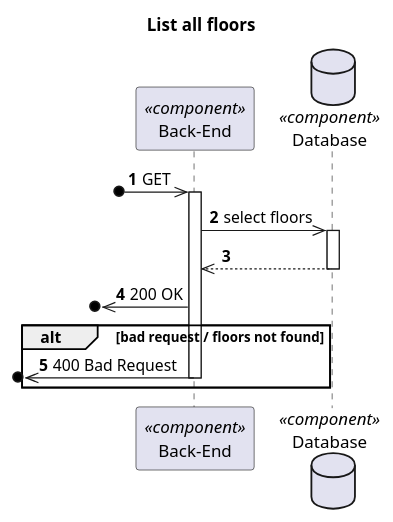
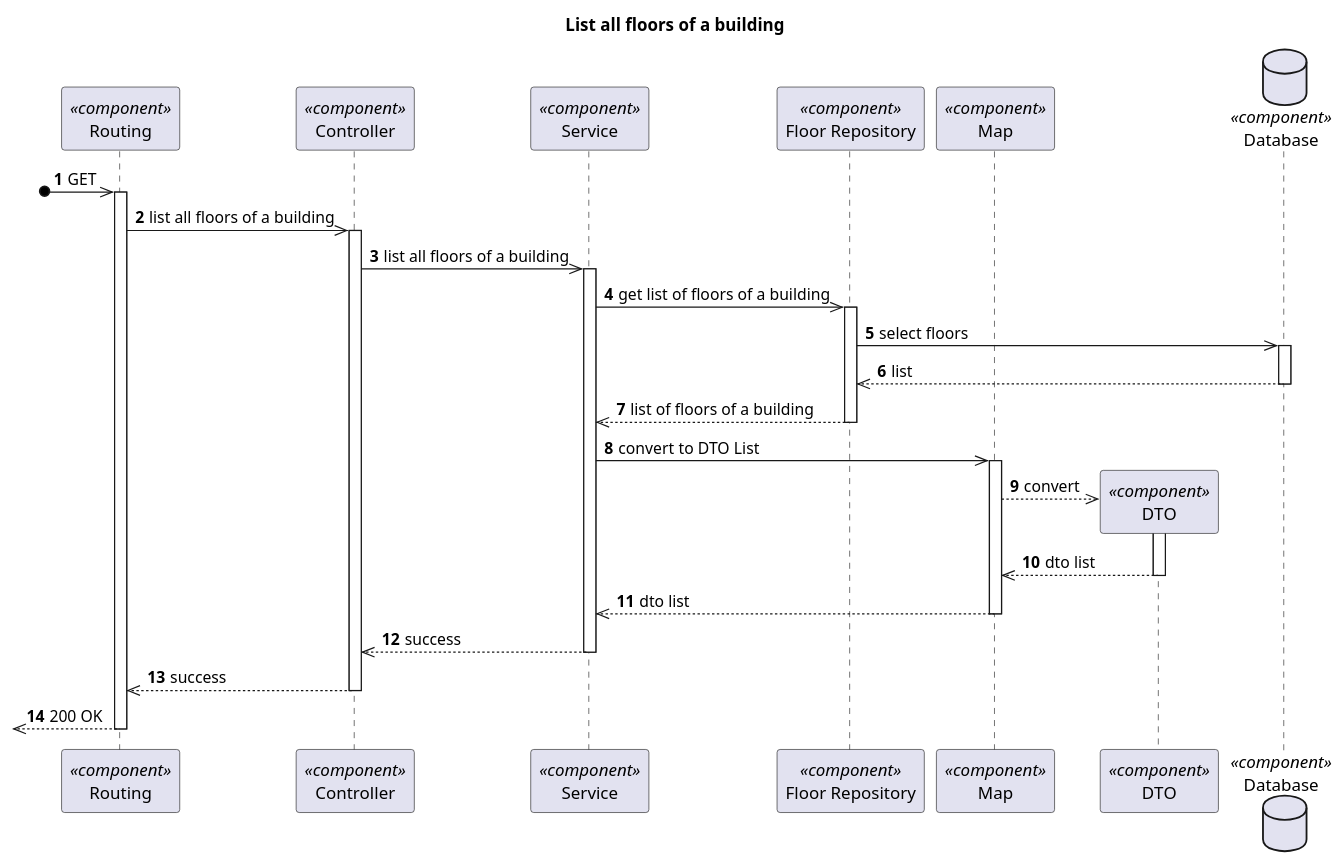
The diagram in docs/Vista Processo/US210/ProcessView_Level3_US210.puml (1210910/lapr5), drawn with PlantUML before and after one commit. The commit also changed 2 other files, not shown here.

```diff
--- a/docs/Vista Processo/US210/ProcessView_Level3_US210.puml
+++ b/docs/Vista Processo/US210/ProcessView_Level3_US210.puml
@@ -1,27 +1,56 @@
 @startuml Process View - Level 3
 
 autonumber
 skinparam packageStyle rect
 
-title List all floors
+title List all floors of a building
 
-participant "Back-End" as BE <<component>>
-database "Database" as DB <<component>>
+participant "Routing" as routing <<component>>
+participant "Controller" as controller <<component>>
+participant "Service" as service <<component>>
+participant "Floor Repository" as floorrepo <<component>>
+participant "Map" as map <<component>>
+participant "DTO" as dto <<component>>
+database "Database" as db <<component>>
 
-?o->> BE : GET
+?o->> routing : GET
+activate routing
+routing ->> controller : list all floors of a building
 
-activate BE
+activate controller
+controller ->> service : list all floors of a building
 
-BE ->> DB : select floors
-activate DB
-DB -->> BE
-deactivate DB
+activate service
+service ->> floorrepo : get list of floors of a building
 
-?o<<- BE : 200 OK
+activate floorrepo
+floorrepo ->> db : select floors
+activate db
+db -->> floorrepo : list
+deactivate db
 
-alt bad request / floors not found
-?o<<- BE : 400 Bad Request
-deactivate BE
-end
+floorrepo -->> service : list of floors of a building
+deactivate floorrepo
+
+service ->> map : convert to DTO List
+activate map
+
+map -->> dto** : convert
+activate dto
+
+dto -->> map : dto list
+deactivate dto
+
+map -->> service : dto list
+deactivate map
+
+service -->> controller : success
+deactivate service
+
+controller -->> routing : success
+deactivate controller
+
+?o<<-- routing : 200 OK
+deactivate routing
 
 @enduml
```
